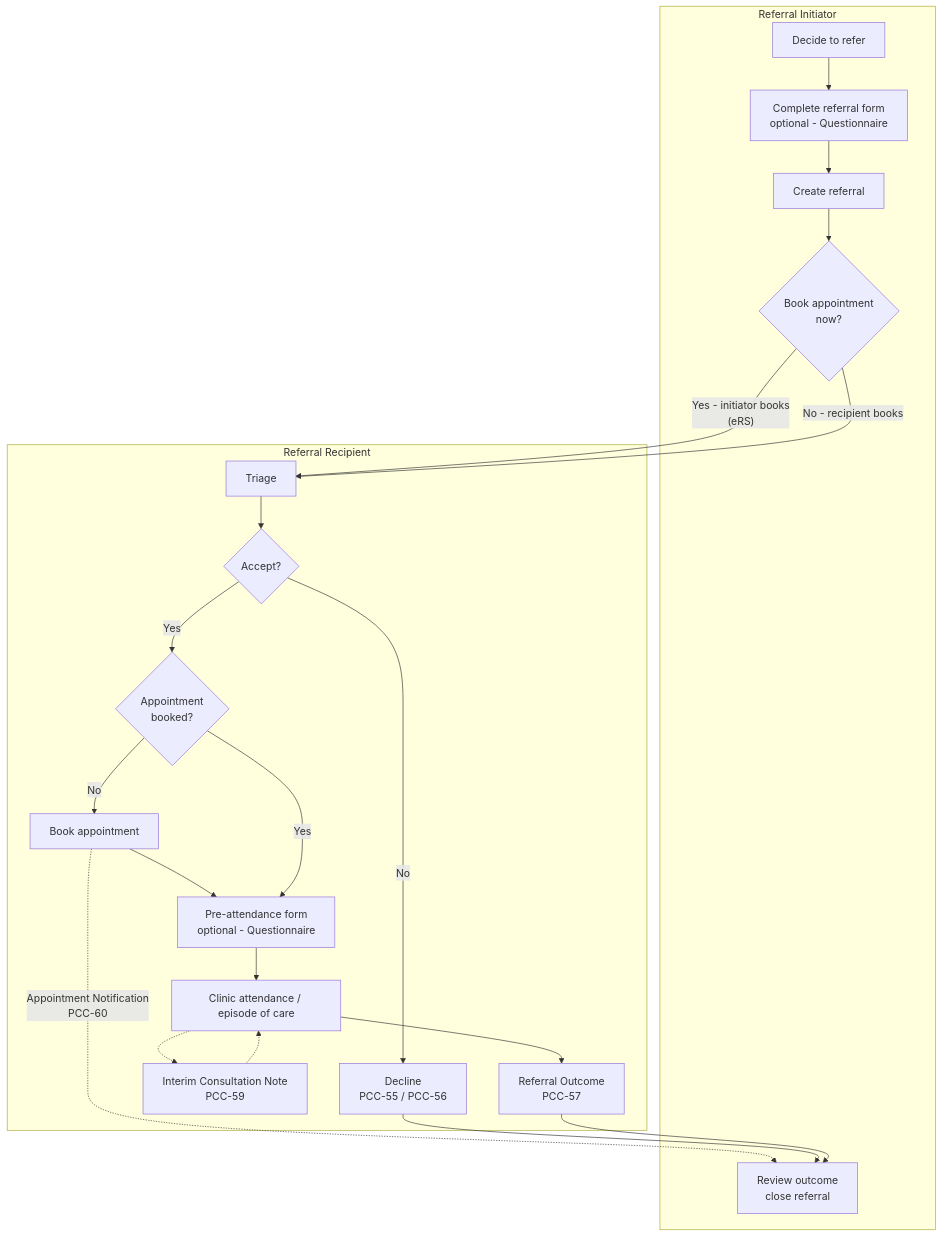
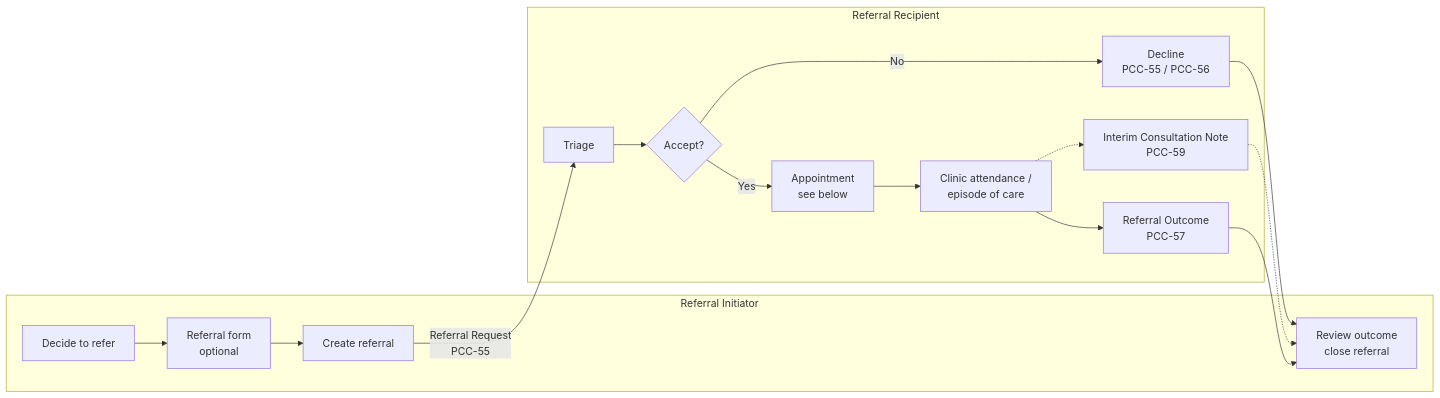
One commit to KevinMayfield/PatientCareCoordination changed the first of 4 diagrams in input/pagecontent/360X.md. Above: the diagram before and after it, drawn with Mermaid. The commit also changed other lines of this file, not shown here.

Commit message:
Split 360X process flow into general referral and appointment booking diagrams

````diff
--- a/input/pagecontent/360X.md
+++ b/input/pagecontent/360X.md
@@ -45,26 +45,20 @@
 ```mermaid
-flowchart TD
+flowchart LR
     subgraph RI [Referral Initiator]
-        I1[Decide to refer] --> I2[Complete referral form<br/>optional - Questionnaire]
+        I1[Decide to refer] --> I2[Referral form<br/>optional]
         I2 --> I3[Create referral]
-        I3 --> I4{Book appointment<br/>now?}
-        I8[Review outcome<br/>close referral]
+        I9[Review outcome<br/>close referral]
     end
     subgraph RR [Referral Recipient]
         R1[Triage] --> R2{Accept?}
         R2 -- No --> R3[Decline<br/>PCC-55 / PCC-56]
-        R2 -- Yes --> R4{Appointment<br/>booked?}
-        R4 -- No --> R5[Book appointment]
-        R5 --> R6
-        R4 -- Yes --> R6[Pre-attendance form<br/>optional - Questionnaire]
-        R6 --> R7[Clinic attendance / episode of care]
-        R7 -.-> R8[Interim Consultation Note<br/>PCC-59]
-        R8 -.-> R7
-        R7 --> R9[Referral Outcome<br/>PCC-57]
+        R2 -- Yes --> R4[Appointment<br/>see below]
+        R4 --> R5[Clinic attendance /<br/>episode of care]
+        R5 -.-> R6[Interim Consultation Note<br/>PCC-59]
+        R5 --> R7[Referral Outcome<br/>PCC-57]
     end
-    I4 -- "Yes - initiator books<br/>(eRS)" --> R1
-    I4 -- "No - recipient books" --> R1
-    R5 -. "Appointment Notification<br/>PCC-60" .-> I8
-    R3 --> I8
-    R9 --> I8
+    I3 -- "Referral Request<br/>PCC-55" --> R1
+    R3 --> I9
+    R6 -.-> I9
+    R7 --> I9
 ```
````
